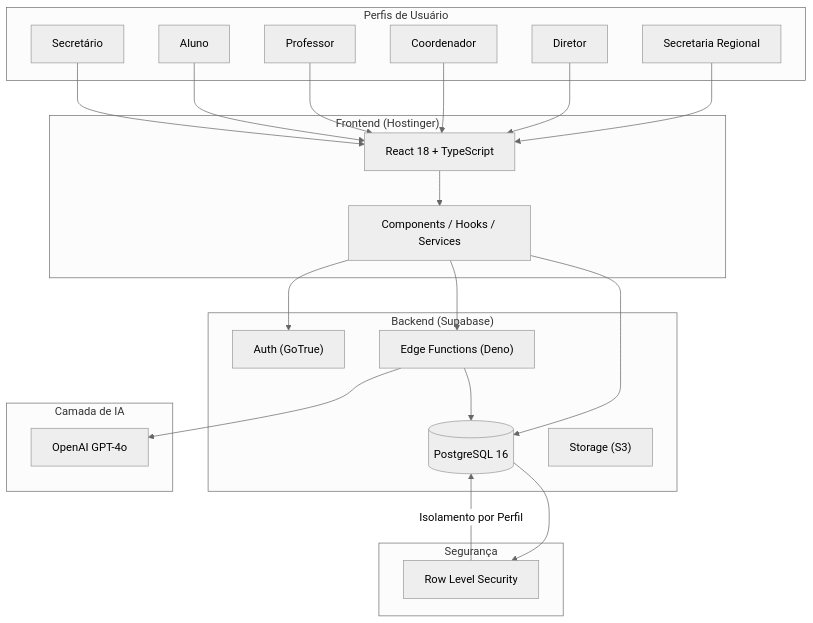
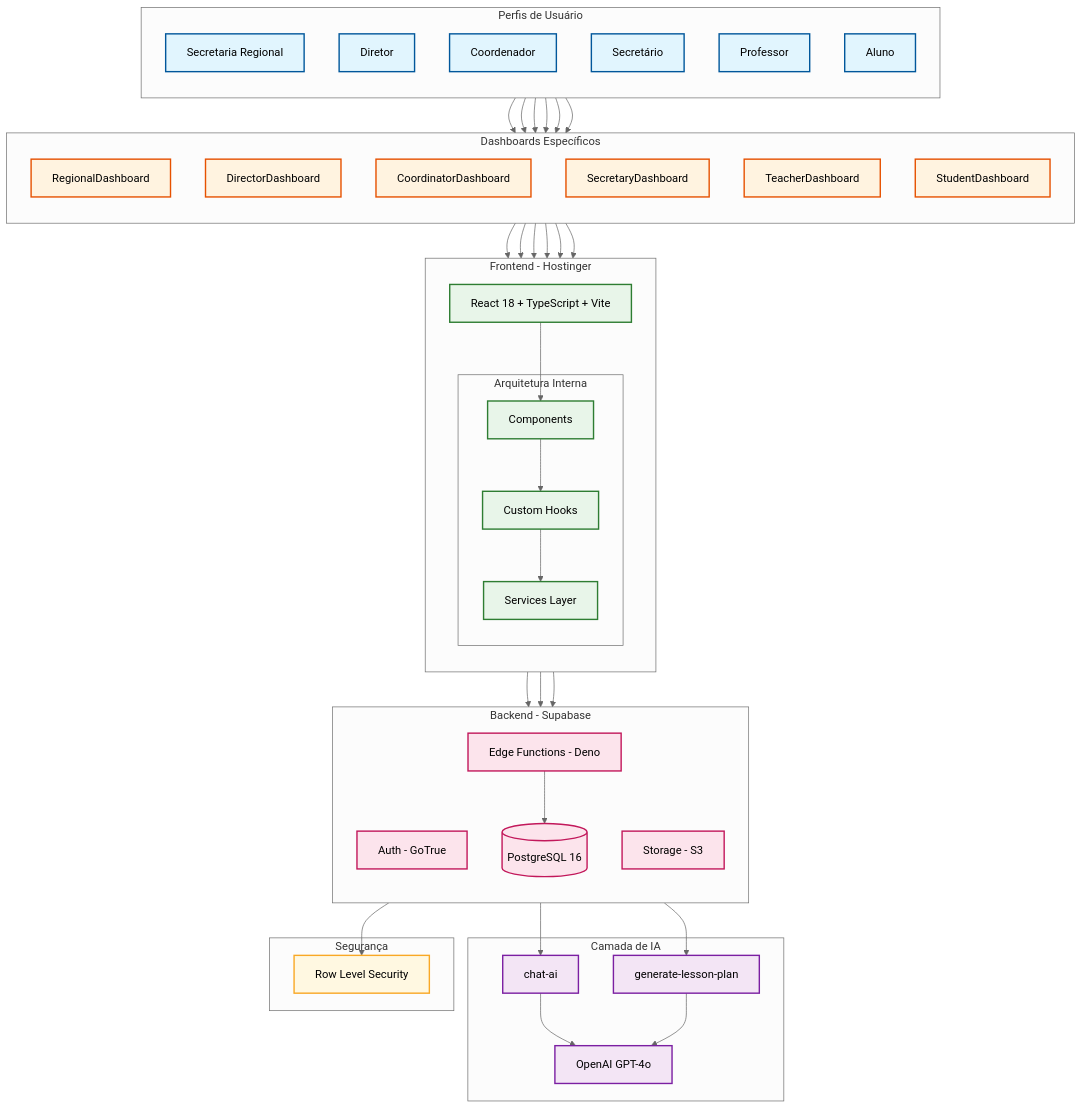
One commit to Omniamind-org/educai-gyn changed the diagram in README.md. Above: the diagram before and after it, drawn with Mermaid (neutral theme). The commit also changed other lines of this file, not shown here.

Commit message:
docs: expand architecture diagram with dashboards, styling, and legend table

````diff
--- a/README.md
+++ b/README.md
@@ -128,49 +128,109 @@
 ```mermaid
-graph TB
+flowchart TB
+    %% Styling
+    classDef userStyle fill:#e1f5fe,stroke:#01579b,stroke-width:2px
+    classDef dashStyle fill:#fff3e0,stroke:#e65100,stroke-width:2px
+    classDef frontStyle fill:#e8f5e9,stroke:#2e7d32,stroke-width:2px
+    classDef backStyle fill:#fce4ec,stroke:#c2185b,stroke-width:2px
+    classDef aiStyle fill:#f3e5f5,stroke:#7b1fa2,stroke-width:2px
+    classDef secStyle fill:#fff8e1,stroke:#f9a825,stroke-width:2px
+
+    %% Users
     subgraph Users ["Perfis de Usuário"]
+        direction TB
         Regional["Secretaria Regional"]
         Director["Diretor"]
         Coordinator["Coordenador"]
+        Secretary["Secretário"]
         Teacher["Professor"]
         Student["Aluno"]
-        Secretary["Secretário"]
     end
 
-    subgraph Frontend ["Frontend (Hostinger)"]
-        React["React 18 + TypeScript"]
-        Components["Components / Hooks / Services"]
+    %% Dashboards
+    subgraph Dashboards ["Dashboards Específicos"]
+        direction TB
+        RegionalDash["RegionalDashboard"]
+        DirectorDash["DirectorDashboard"]
+        CoordDash["CoordinatorDashboard"]
+        SecretaryDash["SecretaryDashboard"]
+        TeacherDash["TeacherDashboard"]
+        StudentDash["StudentDashboard"]
     end
 
-    subgraph Backend ["Backend (Supabase)"]
-        Auth["Auth (GoTrue)"]
-        DB[("PostgreSQL 16")]
-        Storage["Storage (S3)"]
-        Edge["Edge Functions (Deno)"]
+    %% Frontend
+    subgraph Frontend ["Frontend - Hostinger"]
+        direction TB
+        React["React 18 + TypeScript + Vite"]
+        
+        subgraph Arch ["Arquitetura Interna"]
+            Components["Components"]
+            Hooks["Custom Hooks"]
+            Services["Services Layer"]
+        end
     end
 
+    %% Backend
+    subgraph Backend ["Backend - Supabase"]
+        direction TB
+        Auth["Auth - GoTrue"]
+        DB[("PostgreSQL 16")]
+        Storage["Storage - S3"]
+        Edge["Edge Functions - Deno"]
+    end
+
+    %% AI Layer
     subgraph AI ["Camada de IA"]
         LLM["OpenAI GPT-4o"]
+        ChatAI["chat-ai"]
+        LessonPlan["generate-lesson-plan"]
     end
 
+    %% Security
     subgraph Security ["Segurança"]
         RLS["Row Level Security"]
     end
 
-    Regional --> React
-    Director --> React
-    Coordinator --> React
-    Teacher --> React
-    Student --> React
-    Secretary --> React
+    %% User to Dashboard connections
+    Regional --> RegionalDash
+    Director --> DirectorDash
+    Coordinator --> CoordDash
+    Secretary --> SecretaryDash
+    Teacher --> TeacherDash
+    Student --> StudentDash
 
+    %% Dashboard to Frontend
+    RegionalDash --> React
+    DirectorDash --> React
+    CoordDash --> React
+    SecretaryDash --> React
+    TeacherDash --> React
+    StudentDash --> React
+
+    %% Frontend internal flow
     React --> Components
-    Components --> Auth
-    Components --> DB
-    Components --> Edge
+    Components --> Hooks
+    Hooks --> Services
 
-    Edge --> LLM
+    %% Frontend to Backend
+    Services --> Auth
+    Services --> DB
+    Services --> Edge
+
+    %% AI connections
+    Edge --> ChatAI
+    Edge --> LessonPlan
+    ChatAI --> LLM
+    LessonPlan --> LLM
     Edge --> DB
 
+    %% Security
     DB --> RLS
-    RLS --> |"Isolamento por Perfil"| DB
+
+    %% Apply styles
+    class Regional,Director,Coordinator,Secretary,Teacher,Student userStyle
+    class RegionalDash,DirectorDash,CoordDash,SecretaryDash,TeacherDash,StudentDash dashStyle
+    class React,Components,Hooks,Services frontStyle
+    class Auth,DB,Storage,Edge backStyle
+    class LLM,ChatAI,LessonPlan aiStyle
+    class RLS secStyle
 ```
````
